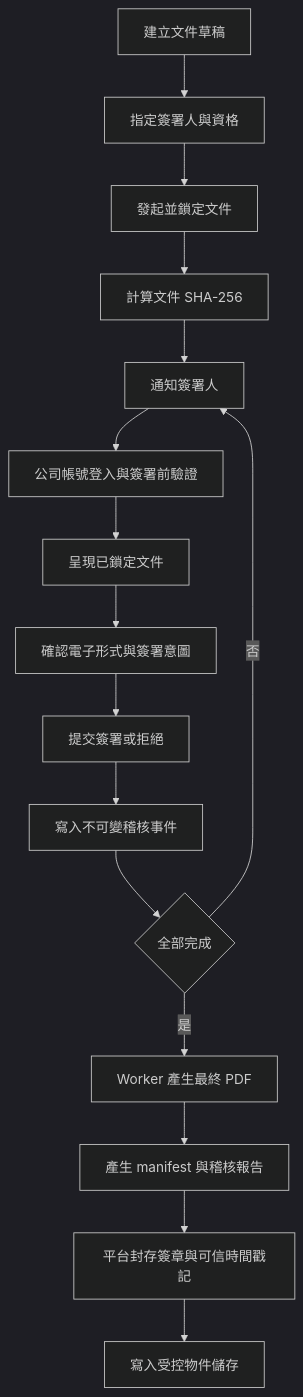
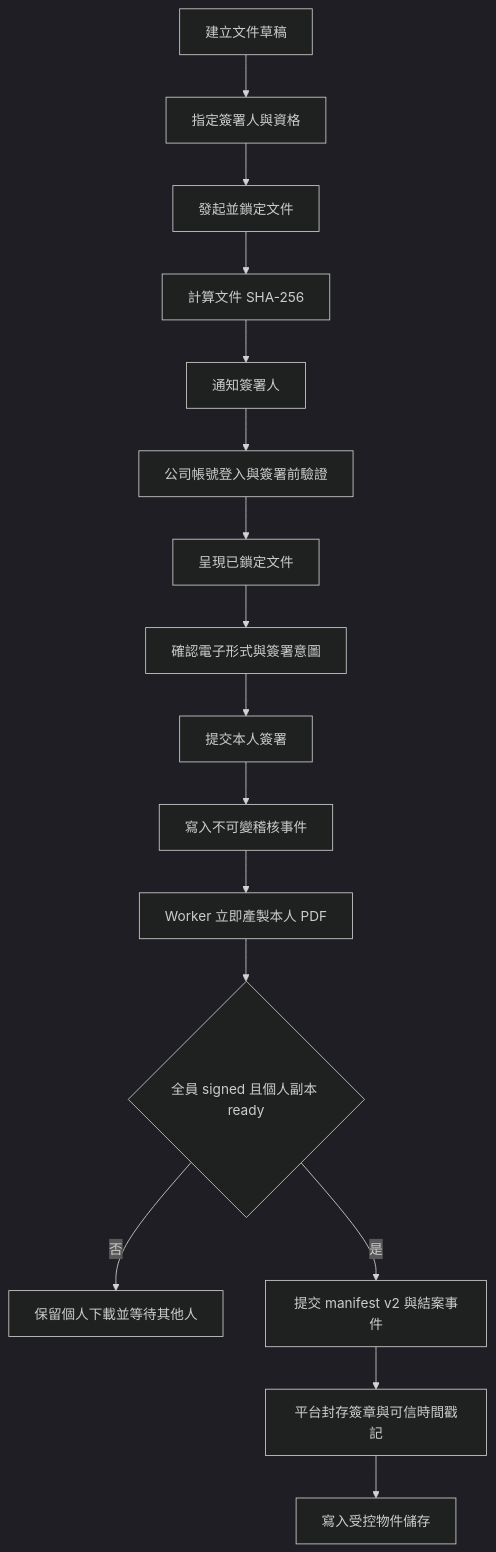
One commit to Eat2024/feastogether_intranet changed the first of 2 diagrams in server/docs/internal-electronic-signature-platform.md. Above: the diagram before and after it, drawn with Mermaid (dark theme). The commit also changed other lines of this file and 126 other files, not shown here.

````diff
--- a/server/docs/internal-electronic-signature-platform.md
+++ b/server/docs/internal-electronic-signature-platform.md
@@ -160,18 +160,18 @@
 ```mermaid
 flowchart TD
     createDocument[建立文件草稿] --> assignSigners[指定簽署人與資格]
     assignSigners --> initiateDocument[發起並鎖定文件]
     initiateDocument --> calculateHash[計算文件 SHA-256]
     calculateHash --> notifySigner[通知簽署人]
     notifySigner --> authenticate[公司帳號登入與簽署前驗證]
     authenticate --> showDocument[呈現已鎖定文件]
     showDocument --> captureIntent[確認電子形式與簽署意圖]
-    captureIntent --> submitSignature[提交簽署或拒絕]
+    captureIntent --> submitSignature[提交本人簽署]
     submitSignature --> appendAudit[寫入不可變稽核事件]
-    appendAudit --> allCompleted{全部完成}
-    allCompleted -- 否 --> notifySigner
-    allCompleted -- 是 --> finalizePdf[Worker 產生最終 PDF]
-    finalizePdf --> createEvidence[產生 manifest 與稽核報告]
+    appendAudit --> finalizePdf[Worker 立即產製本人 PDF]
+    finalizePdf --> allCompleted{全員 signed 且個人副本 ready}
+    allCompleted -- 否 --> waitOthers[保留個人下載並等待其他人]
+    allCompleted -- 是 --> createEvidence[提交 manifest v2 與結案事件]
     createEvidence --> sealDocument[平台封存簽章與可信時間戳記]
     sealDocument --> immutableStorage[寫入受控物件儲存]
 ```
````
